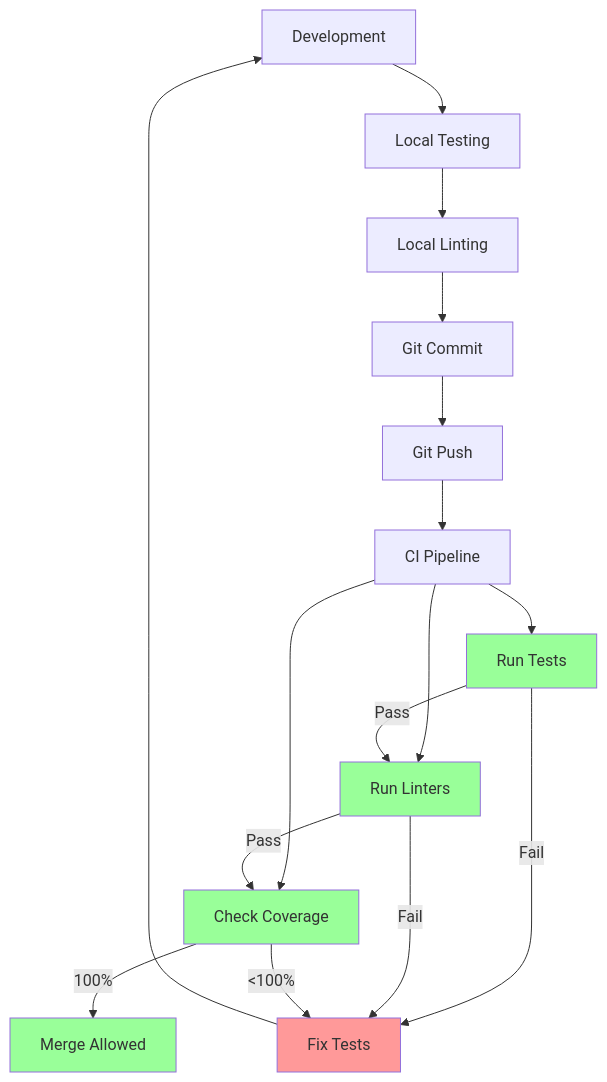
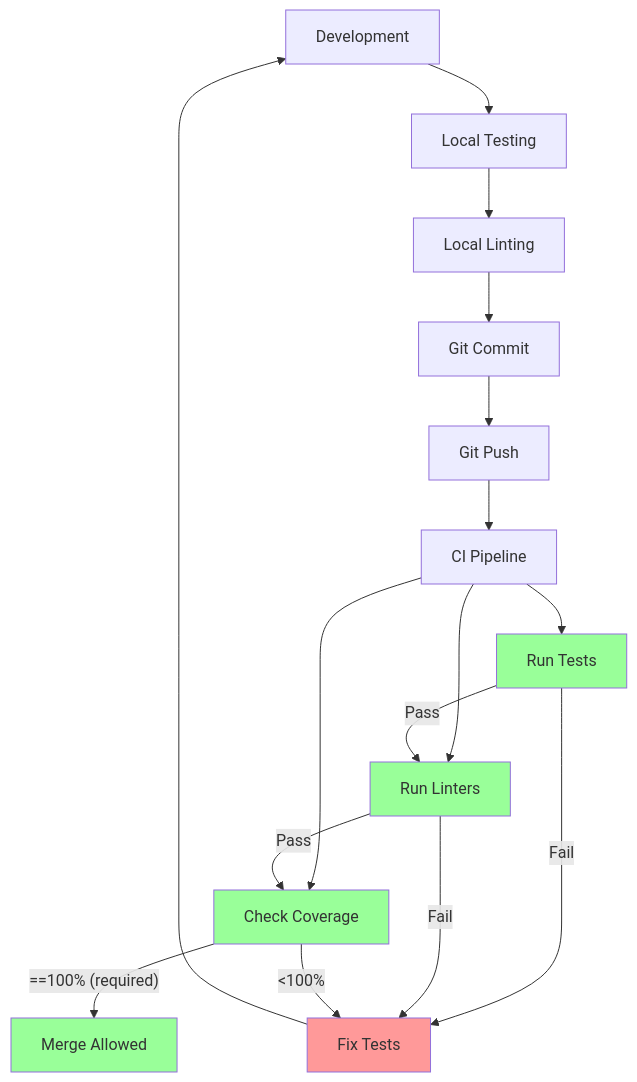
One commit to ayaiayorg/agentic-devtools changed the second of 2 diagrams in docs/10-quality-requirements.md. Above: the diagram before and after it, drawn with Mermaid. The commit also changed 1 other file, not shown here.

Commit message:
fix: clarify coverage gate wording in constitution and quality docs
- Constitution IV: reword to state overall package gate (--cov-fail-under=100)
- Quality requirements flowchart: label changed to "==100% (required)"

````diff
--- a/docs/10-quality-requirements.md
+++ b/docs/10-quality-requirements.md
@@ -347,29 +347,29 @@
 ```mermaid
 flowchart TD
     Dev[Development] --> Test[Local Testing]
     Test --> Lint[Local Linting]
     Lint --> Commit[Git Commit]
     Commit --> Push[Git Push]
     Push --> CI[CI Pipeline]
     
     CI --> TestCI[Run Tests]
     CI --> LintCI[Run Linters]
     CI --> Coverage[Check Coverage]
     
     TestCI -->|Pass| LintCI
     TestCI -->|Fail| Fix[Fix Tests]
     
     LintCI -->|Pass| Coverage
     LintCI -->|Fail| Fix
     
-    Coverage -->|100%| Merge[Merge Allowed]
-    Coverage -->|<100%| Fix
+    Coverage -->|"==100% (required)"| Merge[Merge Allowed]
+    Coverage -->|"<100%"| Fix
     
     Fix --> Dev
     
     style TestCI fill:#9f9
     style LintCI fill:#9f9
     style Coverage fill:#9f9
     style Merge fill:#9f9
     style Fix fill:#f99
 ```
````
